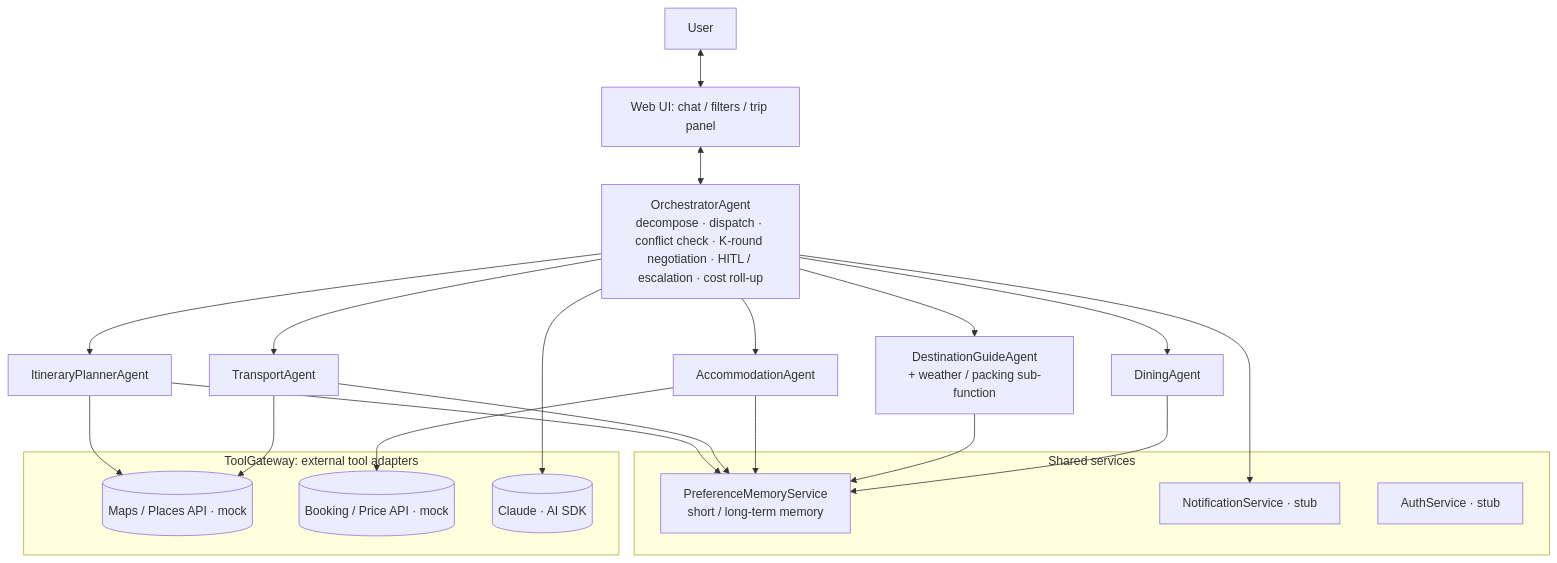
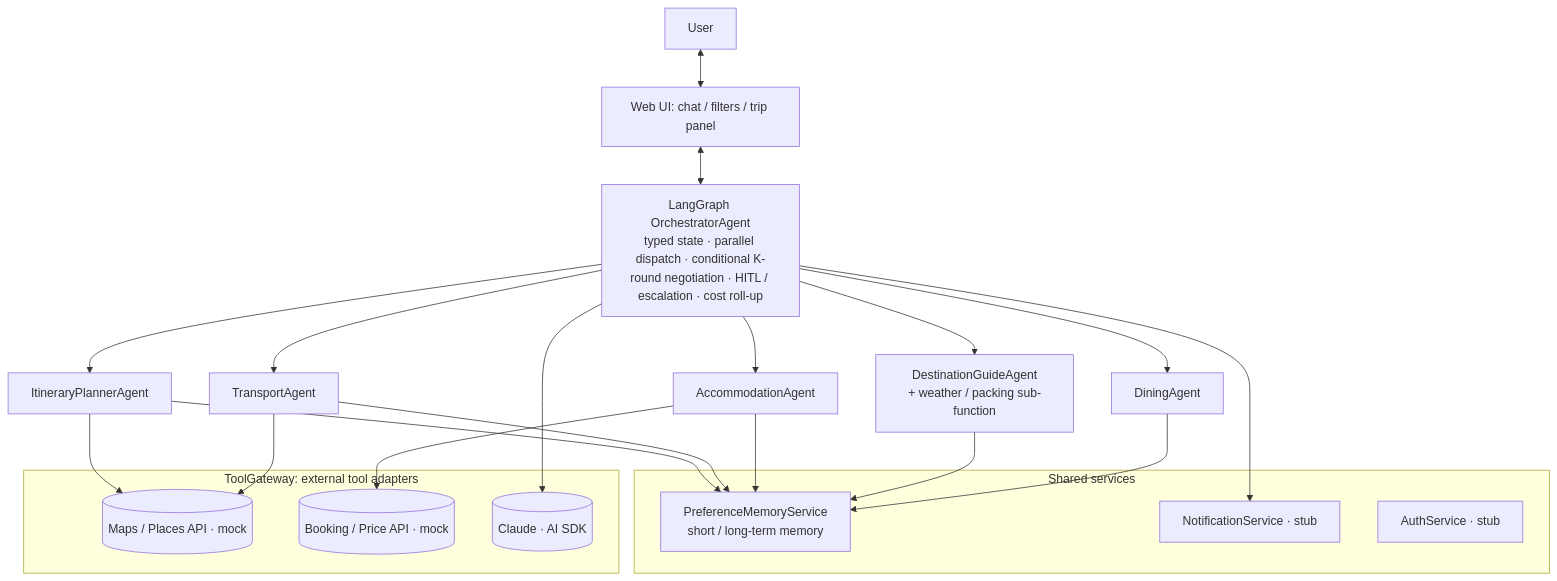
Before and after one commit to HeadmasterEggy/AI_TRIP_PLANNER: the diagram in README.md, drawn with Mermaid. The commit also changed other lines of this file and 9 other files, not shown here.

Commit message:
feat(orchestrator): migrate workflow to LangGraph

````diff
--- a/README.md
+++ b/README.md
@@ -21,34 +21,34 @@
 ```mermaid
 flowchart TB
     U[User] <--> UI[Web UI: chat / filters / trip panel]
-    UI <--> ORC[OrchestratorAgent<br/>decompose · dispatch · conflict check · K-round negotiation · HITL / escalation · cost roll-up]
+    UI <--> ORC[LangGraph OrchestratorAgent<br/>typed state · parallel dispatch · conditional K-round negotiation · HITL / escalation · cost roll-up]
 
     ORC --> IT[ItineraryPlannerAgent]
     ORC --> TR[TransportAgent]
     ORC --> AC[AccommodationAgent]
     ORC --> DG[DestinationGuideAgent<br/>+ weather / packing sub-function]
     ORC --> DN[DiningAgent]
 
     subgraph SVC[Shared services]
       MEM[PreferenceMemoryService<br/>short / long-term memory]
       NOT[NotificationService · stub]
       AUTH[AuthService · stub]
     end
 
     subgraph TOOLS[ToolGateway: external tool adapters]
       MAPS[(Maps / Places API · mock)]
       BOOK[(Booking / Price API · mock)]
       LLM[(Claude · AI SDK)]
     end
 
     IT --> MEM
     TR --> MEM
     AC --> MEM
     DG --> MEM
     DN --> MEM
     IT --> MAPS
     TR --> MAPS
     AC --> BOOK
     ORC --> LLM
     ORC --> NOT
 ```
````
